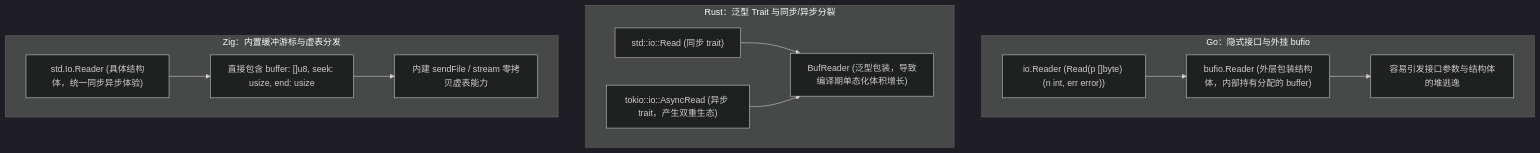
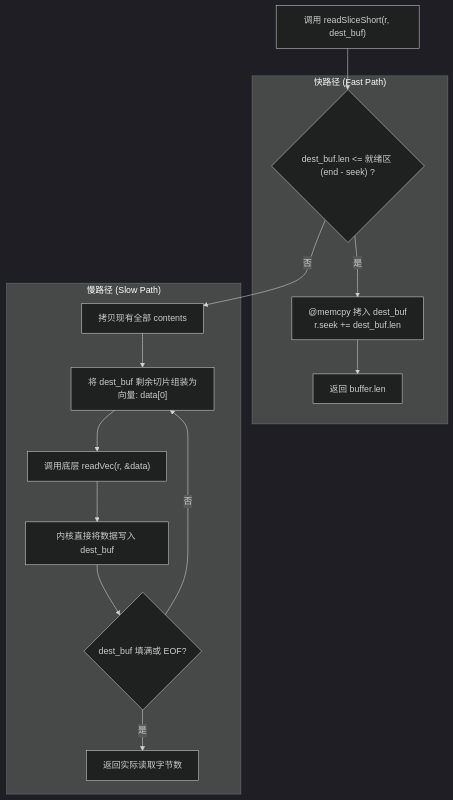
One commit to jiacai2050/x changed the second of 3 diagrams in zig-io/src/concepts/reader-and-writer.md. Above: the diagram before and after it, drawn with Mermaid (dark theme). The commit also changed other lines of this file and 28 other files, not shown here.

````diff
--- a/zig-io/src/concepts/reader-and-writer.md
+++ b/zig-io/src/concepts/reader-and-writer.md
@@ -11,24 +81,19 @@
 ```mermaid
-graph TB
-    subgraph GoModel ["Go：隐式接口与外挂 bufio"]
-        G_Read["io.Reader (Read(p []byte) (n int, err error))"]
-        G_Buf["bufio.Reader (外层包装结构体，内部持有分配的 buffer)"]
-        G_Escape["容易引发接口参数与结构体的堆逃逸"]
-        G_Read --> G_Buf --> G_Escape
+flowchart TD
+    Start["调用 readSliceShort(r, dest_buf)"] --> Check{"dest_buf.len <= 就绪区 (end - seek) ?"}
+    
+    subgraph FastPath ["快路径 (Fast Path)"]
+        Check -- 是 --> DirectCopy["@memcpy 拷入 dest_buf<br/>r.seek += dest_buf.len"]
+        DirectCopy --> RetFast["返回 buffer.len"]
     end
-
-    subgraph RustModel ["Rust：泛型 Trait 与同步/异步分裂"]
-        R_Sync["std::io::Read (同步 trait)"]
-        R_Async["tokio::io::AsyncRead (异步 trait，产生双重生态)"]
-        R_Wrap["BufReader<R> (泛型包装，导致编译期单态化体积增长)"]
-        R_Sync --> R_Wrap
-        R_Async --> R_Wrap
-    end
-
-    subgraph ZigModel ["Zig：内置缓冲游标与虚表分发"]
-        Z_Struct["std.Io.Reader (具体结构体，统一同步异步体验)"]
-        Z_Fields["直接包含 buffer: []u8, seek: usize, end: usize"]
-        Z_ZeroCopy["内建 sendFile / stream 零拷贝虚表能力"]
-        Z_Struct --> Z_Fields --> Z_ZeroCopy
+    
+    subgraph SlowPath ["慢路径 (Slow Path)"]
+        Check -- 否 --> PartialCopy["拷贝现有全部 contents"]
+        PartialCopy --> WrapVec["将 dest_buf 剩余切片组装为向量: data[0]"]
+        WrapVec --> Syscall["调用底层 readVec(r, &data)"]
+        Syscall --> DirectDMA["内核直接将数据写入 dest_buf"]
+        DirectDMA --> CheckComplete{"dest_buf 填满或 EOF?"}
+        CheckComplete -- 否 --> WrapVec
+        CheckComplete -- 是 --> RetSlow["返回实际读取字节数"]
     end
 ```
````
